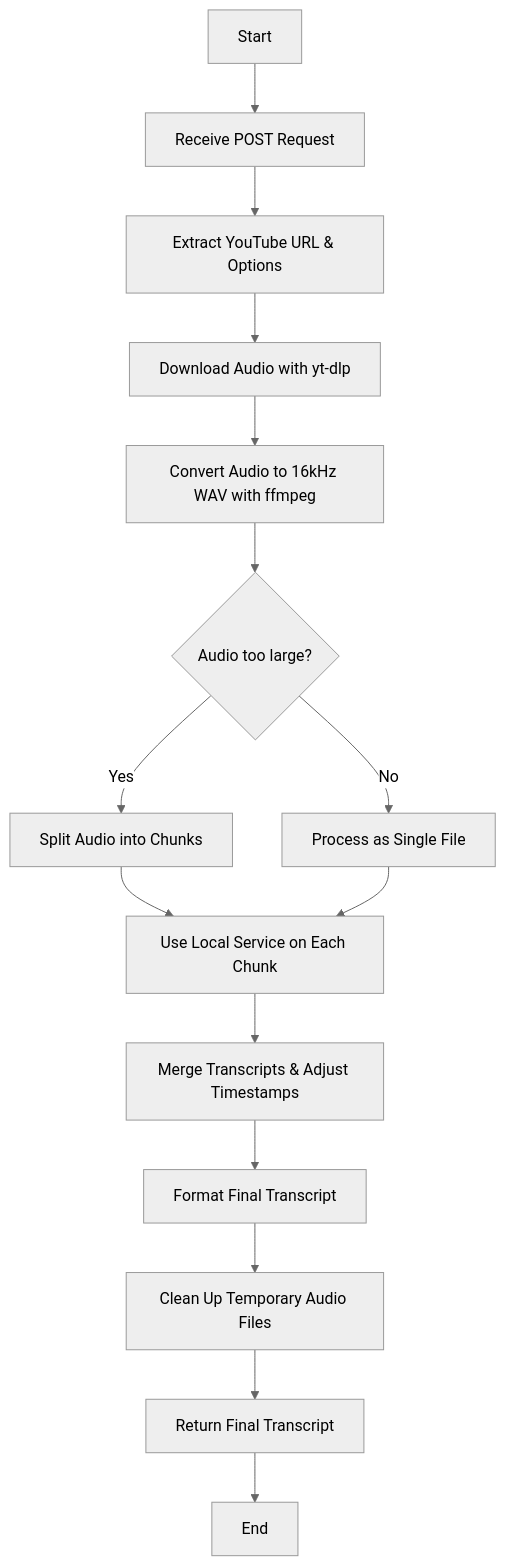
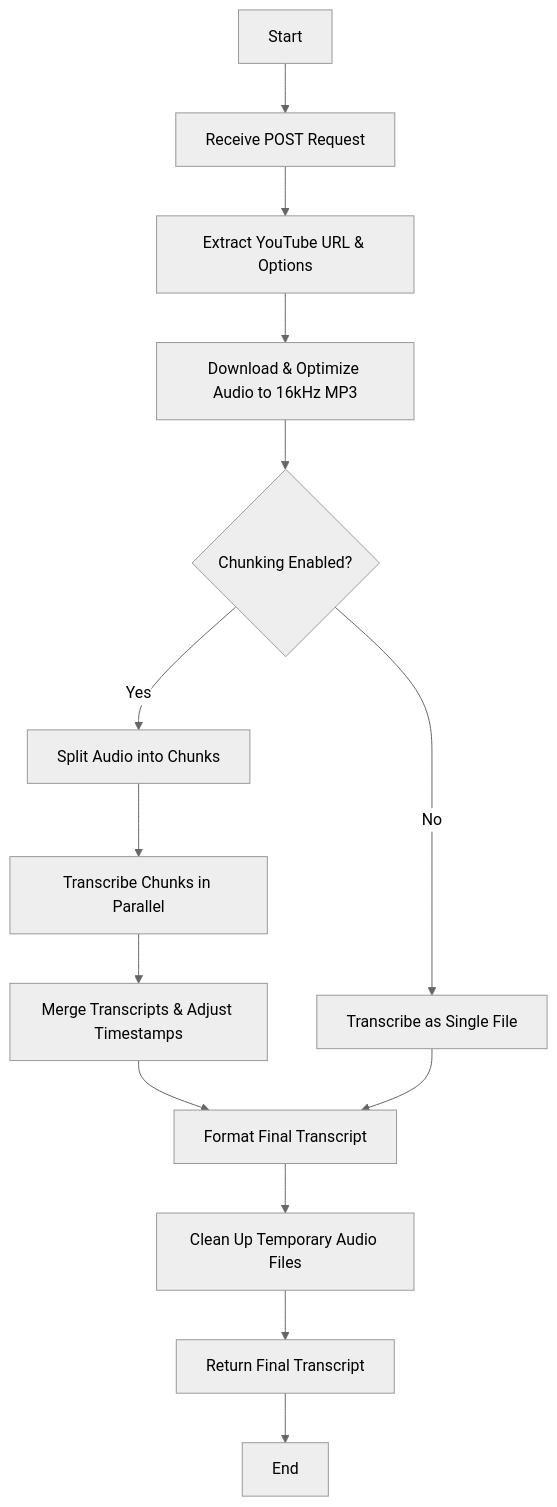
The diagram in WORKFLOW.md (devtitus/YouTube-Transcripts-Using-Whisper), drawn with Mermaid (neutral theme) before and after one commit. The commit also changed other lines of this file and 4 other files, not shown here.

````diff
--- a/WORKFLOW.md
+++ b/WORKFLOW.md
@@ -9,17 +9,16 @@
 ```mermaid
 graph TD
     A[Start] --> B[Receive POST Request];
     B --> C[Extract YouTube URL & Options];
-    C --> D[Download Audio with yt-dlp];
-    D --> E[Convert Audio to 16kHz WAV with ffmpeg];
-    E --> F{Audio too large?};
-    F -- Yes --> G[Split Audio into Chunks];
-    F -- No --> H[Process as Single File];
-    G --> K[Use Local Service on Each Chunk];
-    H --> K;
-    K --> P[Merge Transcripts & Adjust Timestamps];
-    P --> Q[Format Final Transcript];
-    Q --> R[Clean Up Temporary Audio Files];
-    R --> S[Return Final Transcript];
-    S --> T[End];
+    C --> D[Download & Optimize Audio to 16kHz MP3];
+    D --> E{Chunking Enabled?};
+    E -- Yes --> F[Split Audio into Chunks];
+    F --> G[Transcribe Chunks in Parallel];
+    G --> H[Merge Transcripts & Adjust Timestamps];
+    E -- No --> I[Transcribe as Single File];
+    H --> J[Format Final Transcript];
+    I --> J;
+    J --> K[Clean Up Temporary Audio Files];
+    K --> L[Return Final Transcript];
+    L --> M[End];
 ```
````
